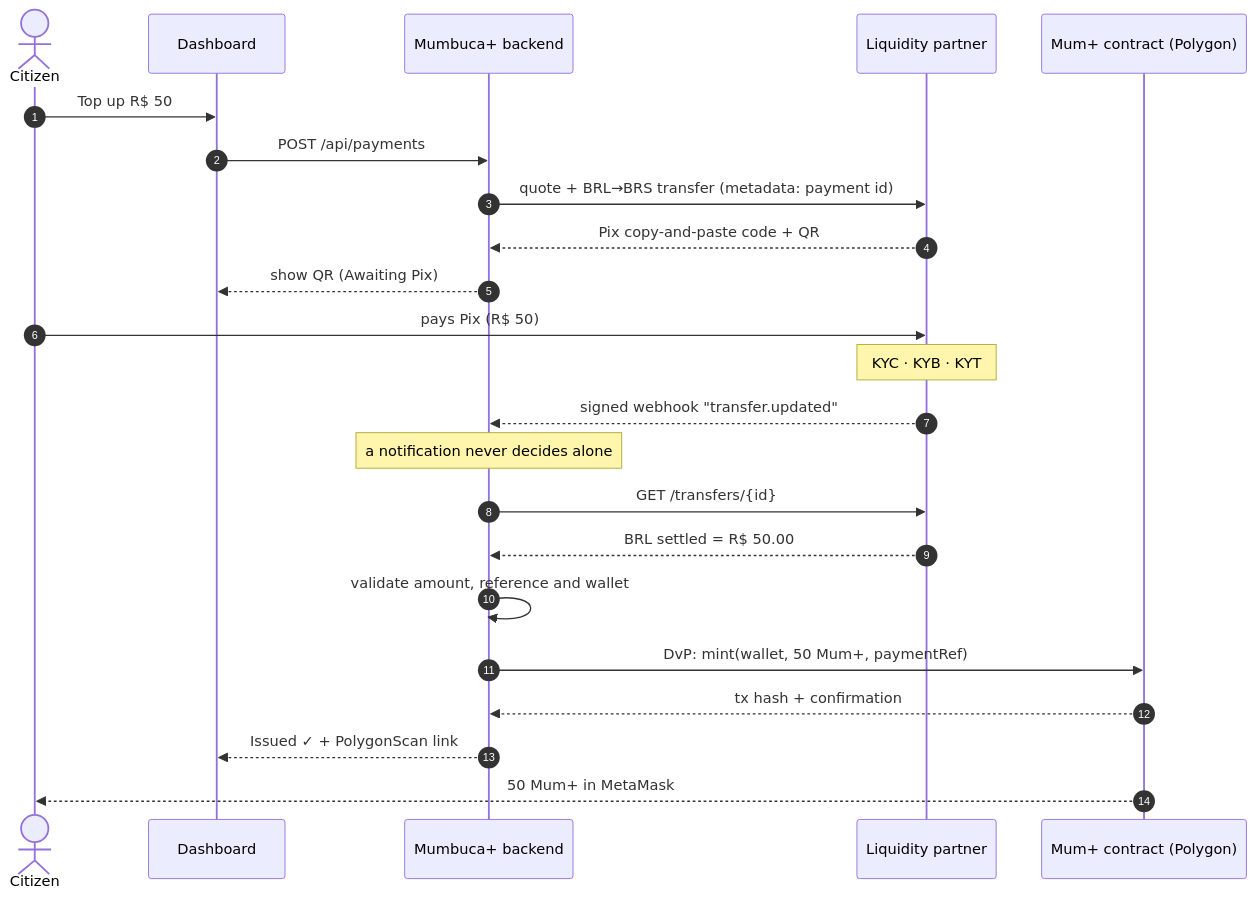
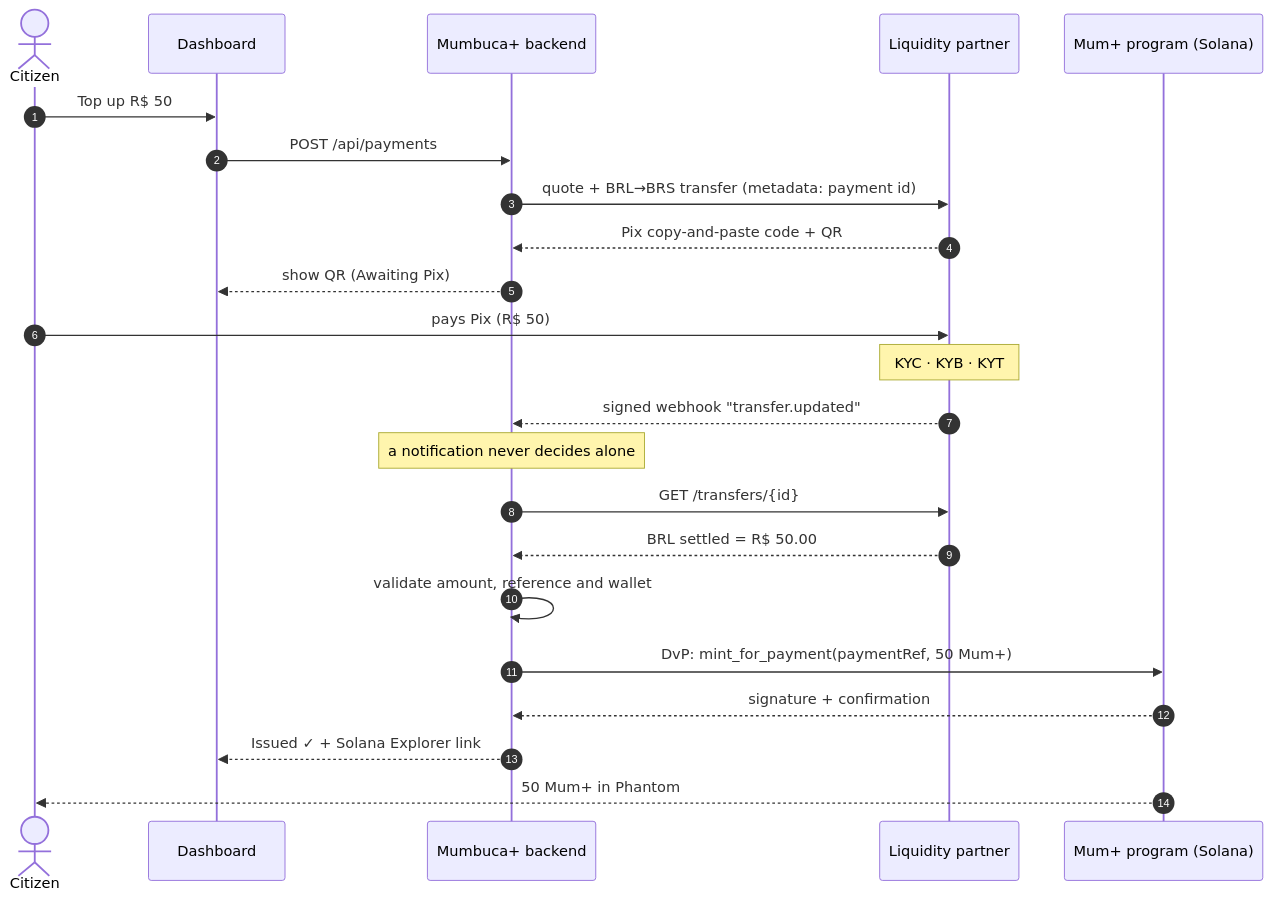
The third of 4 diagrams in README.en.md (Peragus01/Mumbuca-plus), drawn with Mermaid before and after one commit. The commit also changed other lines of this file and 1 other file, not shown here.

Commit message:
docs: switch READMEs from Polygon to Solana (Anchor program, Token-2022, PDA receipts)

````diff
--- a/README.en.md
+++ b/README.en.md
@@ -250,26 +252,26 @@
 ```mermaid
 sequenceDiagram
     autonumber
     actor Citizen
     participant Dash as Dashboard
     participant API as Mumbuca+ backend
     participant LP as Liquidity partner
-    participant SC as Mum+ contract (Polygon)
+    participant SC as Mum+ program (Solana)
 
     Citizen->>Dash: Top up R$ 50
     Dash->>API: POST /api/payments
     API->>LP: quote + BRL→BRS transfer (metadata: payment id)
     LP-->>API: Pix copy-and-paste code + QR
     API-->>Dash: show QR (Awaiting Pix)
     Citizen->>LP: pays Pix (R$ 50)
     Note over LP: KYC · KYB · KYT
     LP-->>API: signed webhook "transfer.updated"
     Note over API: a notification never decides alone
     API->>LP: GET /transfers/{id}
     LP-->>API: BRL settled = R$ 50.00
     API->>API: validate amount, reference and wallet
-    API->>SC: DvP: mint(wallet, 50 Mum+, paymentRef)
-    SC-->>API: tx hash + confirmation
-    API-->>Dash: Issued ✓ + PolygonScan link
-    SC-->>Citizen: 50 Mum+ in MetaMask
+    API->>SC: DvP: mint_for_payment(paymentRef, 50 Mum+)
+    SC-->>API: signature + confirmation
+    API-->>Dash: Issued ✓ + Solana Explorer link
+    SC-->>Citizen: 50 Mum+ in Phantom
 ```
````
